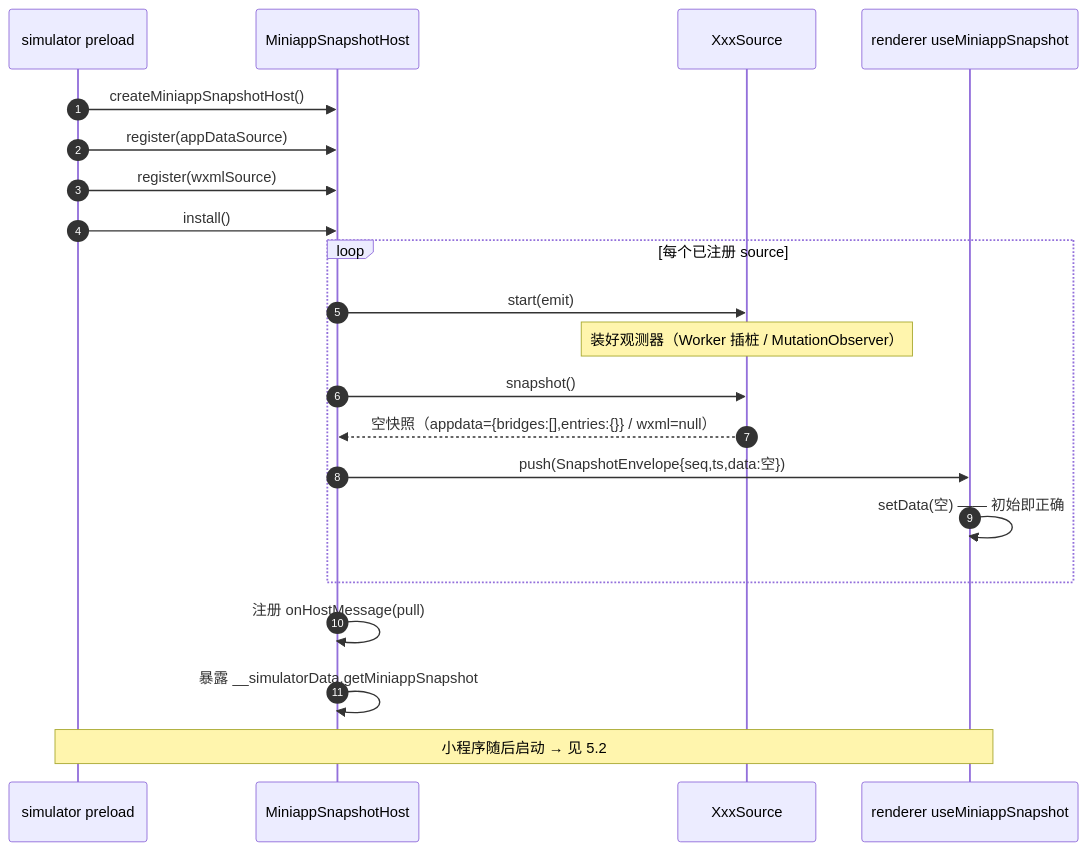
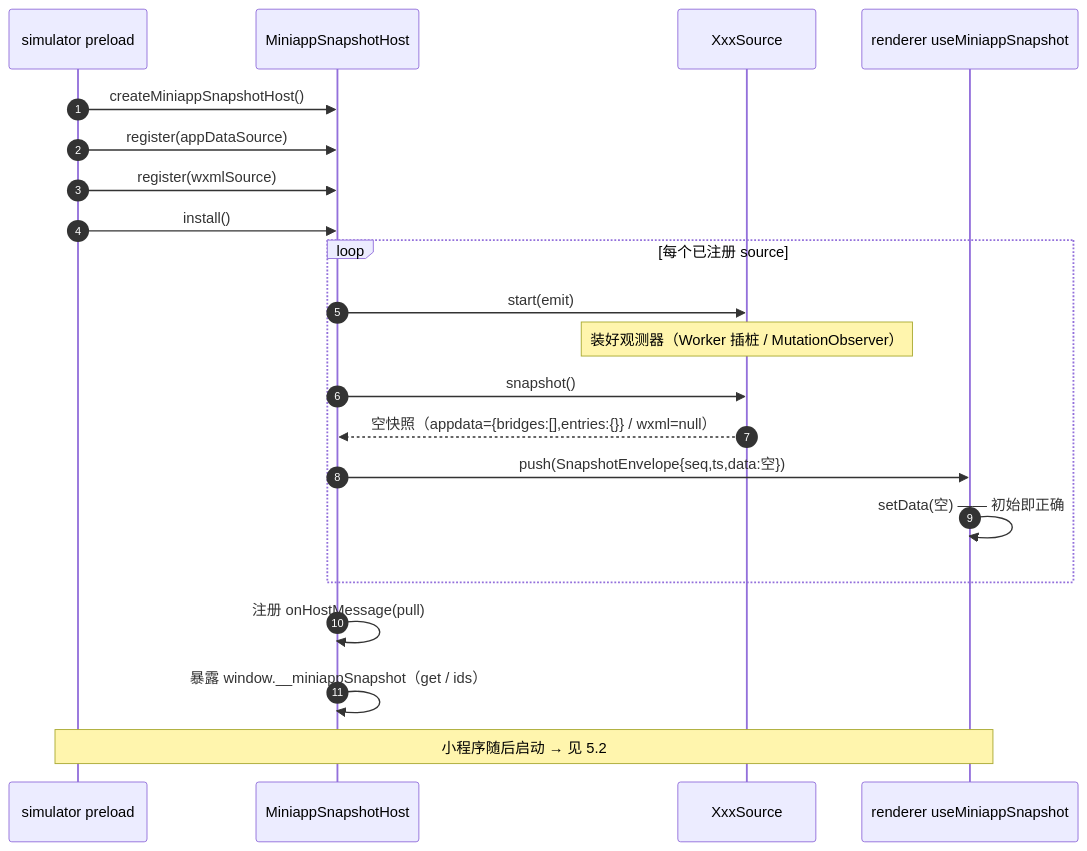
One commit to EchoTechFE/dimina-kit changed the third of 7 diagrams in packages/devtools/docs/miniapp-snapshot.md. Above: the diagram before and after it, drawn with Mermaid. The commit also changed other lines of this file and 289 other files, not shown here.

````diff
--- a/packages/devtools/docs/miniapp-snapshot.md
+++ b/packages/devtools/docs/miniapp-snapshot.md
@@ -156,24 +143,24 @@
 ```mermaid
 sequenceDiagram
   autonumber
   participant WV as simulator preload
   participant Host as MiniappSnapshotHost
   participant Src as XxxSource
   participant RD as renderer useMiniappSnapshot
 
   WV->>Host: createMiniappSnapshotHost()
   WV->>Host: register(appDataSource)
   WV->>Host: register(wxmlSource)
   WV->>Host: install()
   loop 每个已注册 source
     Host->>Src: start(emit)
     Note over Src: 装好观测器（Worker 插桩 / MutationObserver）
     Host->>Src: snapshot()
     Src-->>Host: 空快照（appdata={bridges:[],entries:{}} / wxml=null）
     Host->>RD: push(SnapshotEnvelope{seq,ts,data:空})
     RD->>RD: setData(空) —— 初始即正确
   end
   Host->>Host: 注册 onHostMessage(pull)
-  Host->>Host: 暴露 __simulatorData.getMiniappSnapshot
+  Host->>Host: 暴露 window.__miniappSnapshot（get / ids）
   Note over WV,RD: 小程序随后启动 → 见 5.2
 ```
````
